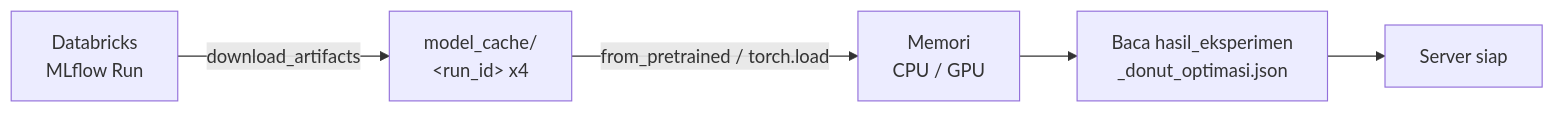
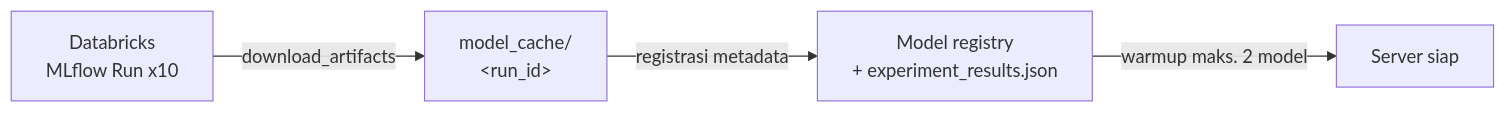
Before and after one commit to DerrickVericho/Receipt-Extraction-DONUT: the first of 2 diagrams in README.md, drawn with Mermaid. The commit also changed other lines of this file and 24 other files, not shown here.

````diff
--- a/README.md
+++ b/README.md
@@ -68,7 +91,6 @@
 ```mermaid
 flowchart LR
-    A[Databricks<br/>MLflow Run] -->|download_artifacts| B[model_cache/<br/>&lt;run_id&gt; x4]
-    B -->|from_pretrained / torch.load| C[Memori<br/>CPU / GPU]
-    C --> E[Baca hasil_eksperimen<br/>_donut_optimasi.json]
-    E --> D[Server siap]
+    A[Databricks<br/>MLflow Run x10] -->|download_artifacts| B[model_cache/<br/>&lt;run_id&gt;]
+    B -->|registrasi metadata| C[Model registry<br/>+ experiment_results.json]
+    C -->|warmup maks. 2 model| D[Server siap]
 ```
````
